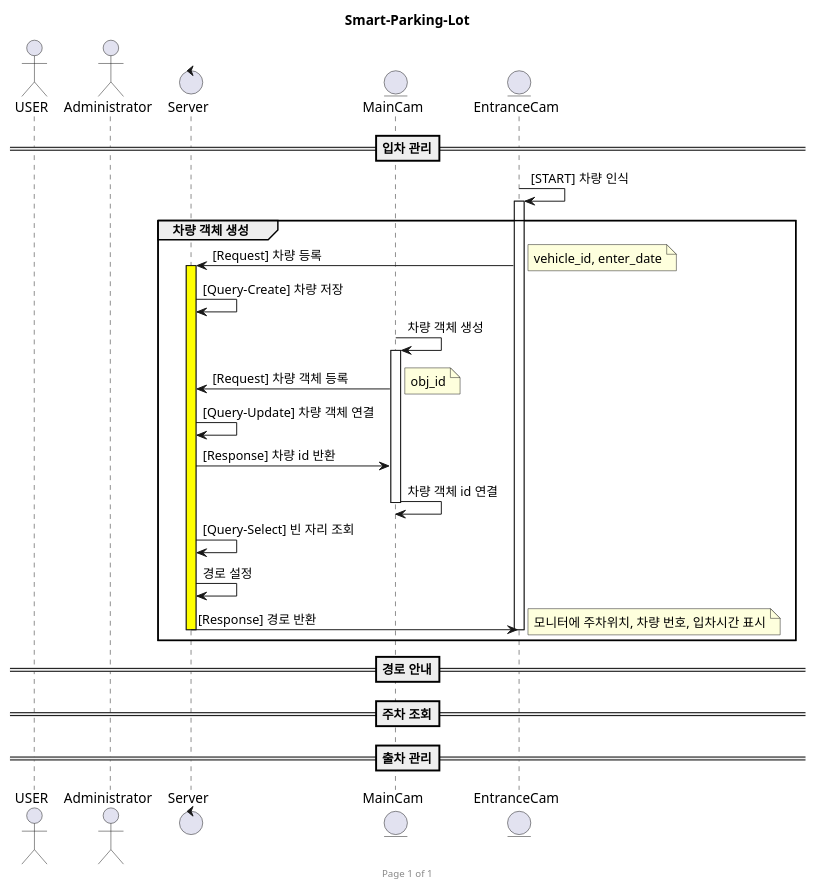
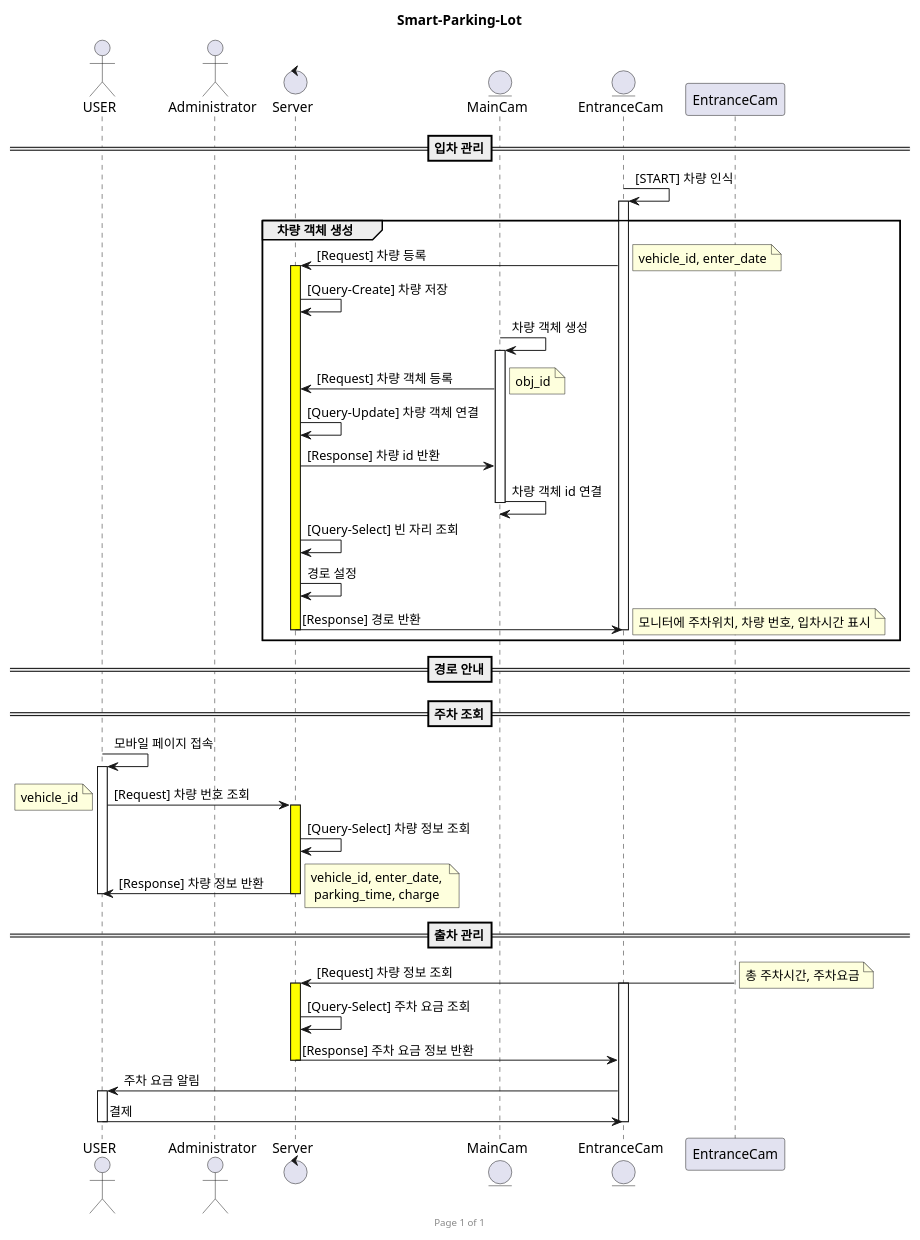
One commit to LeeJaeBae/smart-parking-lot changed the diagram in Sequence.puml. Above: the diagram before and after it, drawn with PlantUML. The commit also changed 1 other file, not shown here.

Commit message:
Sequence.puml \n update

```diff
--- a/Sequence.puml
+++ b/Sequence.puml
@@ -1,41 +1,62 @@
 @startuml
 title Smart-Parking-Lot
 footer Page %page% of %lastpage%
 
 actor USER as user
 actor Administrator as admin
 control Server as server
 entity MainCam as main
 entity EntranceCam as enter
 
 ==입차 관리==
 enter -> enter : [START] 차량 인식
 activate enter
     group 차량 객체 생성
         enter -> server : [Request] 차량 등록
         note right : vehicle_id, enter_date
         activate server #yellow
             server -> server : [Query-Create] 차량 저장
                 main -> main : 차량 객체 생성
                 activate main
                     main -> server : [Request] 차량 객체 등록
                     note right : obj_id
                     server -> server : [Query-Update] 차량 객체 연결
                     server -> main : [Response] 차량 id 반환
                     main -> main : 차량 객체 id 연결
                 deactivate main
             server -> server : [Query-Select] 빈 자리 조회
             server -> server : 경로 설정
             server -> enter : [Response] 경로 반환
             note right : 모니터에 주차위치, 차량 번호, 입차시간 표시
         deactivate server
 deactivate enter
 end
 
 ==경로 안내==
 
 ==주차 조회==
-
+user -> user : 모바일 페이지 접속
+activate user
+    user -> server : [Request] 차량 번호 조회
+    note left : vehicle_id
+    activate server #yellow
+        server -> server : [Query-Select] 차량 정보 조회
+        server -> user : [Response] 차량 정보 반환
+        note right : vehicle_id, enter_date, \n parking_time, charge
+    deactivate server
+deactivate user
 ==출차 관리==
+EntranceCam -> server : [Request] 차량 정보 조회
+activate enter
+note right : 총 주차시간, 주차요금
+activate server #yellow
+    server -> server : [Query-Select] 주차 요금 조회
+    server -> enter : [Response] 주차 요금 정보 반환
+deactivate server
+enter -> user : 주차 요금 알림
+activate user
+user -> enter : 결제
+deactivate user
+deactivate enter
 
 @enduml
```
